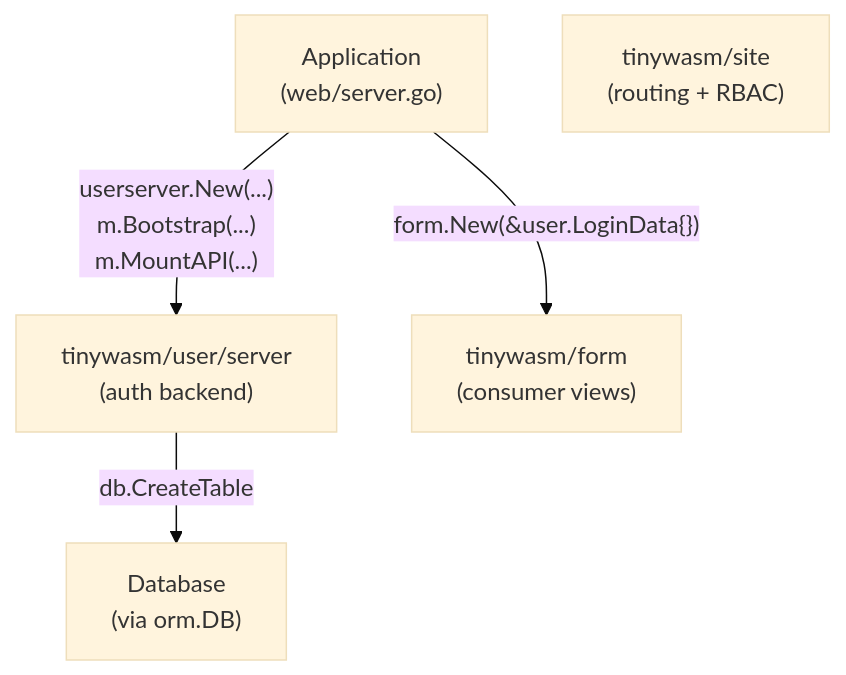
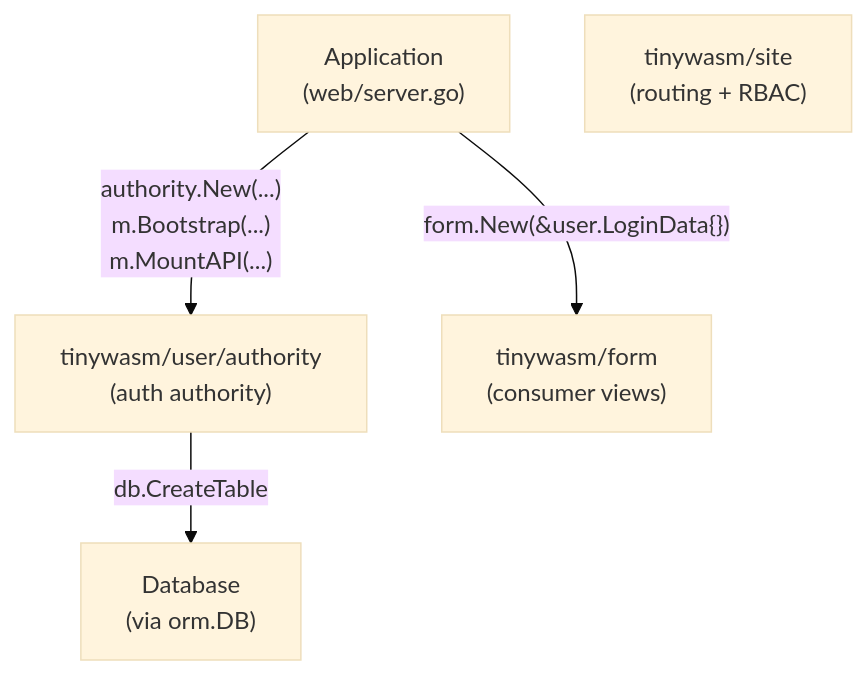
One commit to tinywasm/user changed the diagram in docs/ARCHITECTURE.md. Above: the diagram before and after it, drawn with Mermaid (base theme). The commit also changed other lines of this file and 34 other files, not shown here.

````diff
--- a/docs/ARCHITECTURE.md
+++ b/docs/ARCHITECTURE.md
@@ -56,12 +56,12 @@
 ```mermaid
 graph TD
     APP["Application\n(web/server.go)"]
     SITE["tinywasm/site\n(routing + RBAC)"]
-    SERVER["tinywasm/user/server\n(auth backend)"]
+    SERVER["tinywasm/user/authority\n(auth authority)"]
     FORM["tinywasm/form\n(consumer views)"]
     DB["Database\n(via orm.DB)"]
 
-    APP -->|"userserver.New(...)\nm.Bootstrap(...)\nm.MountAPI(...)"| SERVER
+    APP -->|"authority.New(...)\nm.Bootstrap(...)\nm.MountAPI(...)"| SERVER
     APP -->|"form.New(&user.LoginData{})"| FORM
     SERVER -->|"db.CreateTable"| DB
 ```
````
